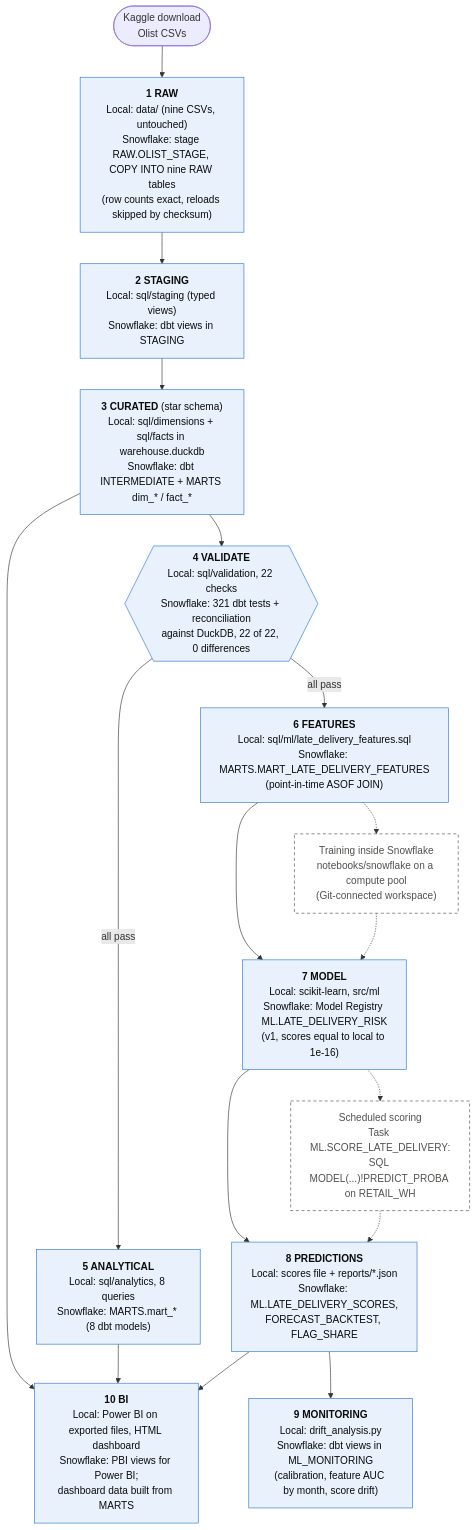
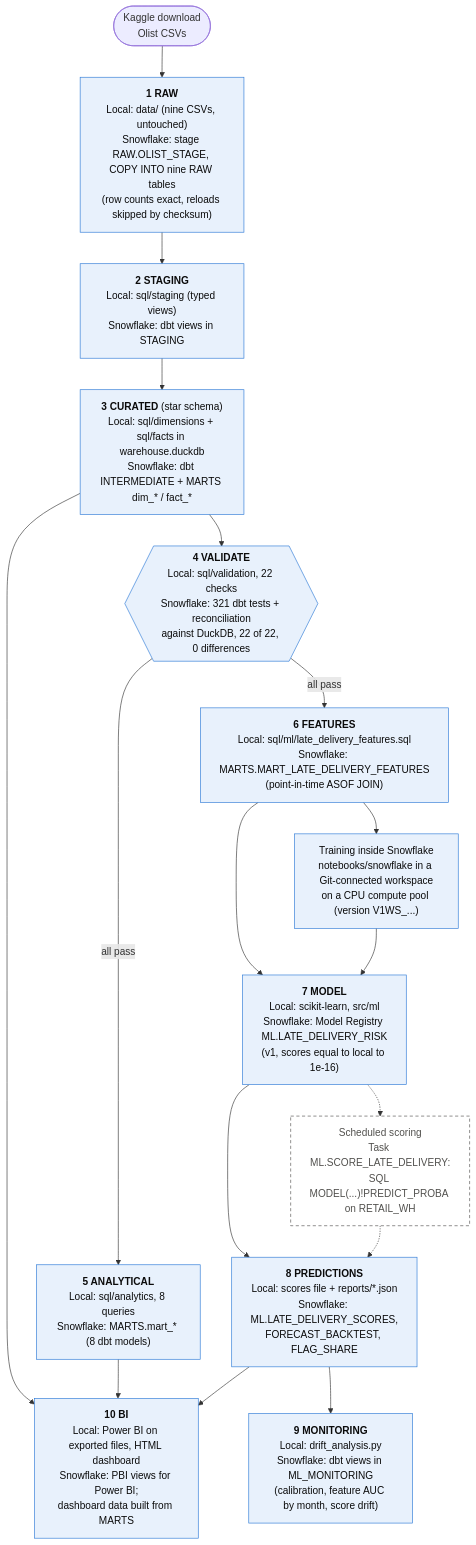
The diagram in README.md (garcane/Retail-Analytics-Forecasting-Customer-Intelligence), drawn with Mermaid before and after one commit. The commit also changed other lines of this file and 13 other files, not shown here.

First line of the commit message:
feat(snowflake): notebooks run in a Git-connected workspace; train and register inside Snowflake

````diff
--- a/README.md
+++ b/README.md
@@ -38,33 +38,33 @@
 ```mermaid
 flowchart TB
     K(["Kaggle download<br/>Olist CSVs"]) --> RAW
 
     RAW["<b>1 RAW</b><br/>Local: data/ (nine CSVs, untouched)<br/>Snowflake: stage RAW.OLIST_STAGE, COPY INTO nine RAW tables<br/>(row counts exact, reloads skipped by checksum)"]
     STG["<b>2 STAGING</b><br/>Local: sql/staging (typed views)<br/>Snowflake: dbt views in STAGING"]
     CUR["<b>3 CURATED</b> (star schema)<br/>Local: sql/dimensions + sql/facts in warehouse.duckdb<br/>Snowflake: dbt INTERMEDIATE + MARTS dim_* / fact_*"]
     CHK{{"<b>4 VALIDATE</b><br/>Local: sql/validation, 22 checks<br/>Snowflake: 321 dbt tests + reconciliation<br/>against DuckDB, 22 of 22, 0 differences"}}
     ANA["<b>5 ANALYTICAL</b><br/>Local: sql/analytics, 8 queries<br/>Snowflake: MARTS.mart_* (8 dbt models)"]
     FEA["<b>6 FEATURES</b><br/>Local: sql/ml/late_delivery_features.sql<br/>Snowflake: MARTS.MART_LATE_DELIVERY_FEATURES<br/>(point-in-time ASOF JOIN)"]
     MOD["<b>7 MODEL</b><br/>Local: scikit-learn, src/ml<br/>Snowflake: Model Registry ML.LATE_DELIVERY_RISK<br/>(v1, scores equal to local to 1e-16)"]
     PRE["<b>8 PREDICTIONS</b><br/>Local: scores file + reports/*.json<br/>Snowflake: ML.LATE_DELIVERY_SCORES,<br/>FORECAST_BACKTEST, FLAG_SHARE"]
     MON["<b>9 MONITORING</b><br/>Local: drift_analysis.py<br/>Snowflake: dbt views in ML_MONITORING<br/>(calibration, feature AUC by month, score drift)"]
     BI["<b>10 BI</b><br/>Local: Power BI on exported files, HTML dashboard<br/>Snowflake: PBI views for Power BI;<br/>dashboard data built from MARTS"]
 
-    NB["Training inside Snowflake<br/>notebooks/snowflake on a compute pool<br/>(Git-connected workspace)"]
+    NB["Training inside Snowflake<br/>notebooks/snowflake in a Git-connected workspace<br/>on a CPU compute pool (version V1WS_...)"]
     TSK["Scheduled scoring<br/>Task ML.SCORE_LATE_DELIVERY:<br/>SQL MODEL(...)!PREDICT_PROBA on RETAIL_WH"]
 
     RAW --> STG --> CUR --> CHK
     CHK -- "all pass" --> ANA
     CHK -- "all pass" --> FEA
     FEA --> MOD --> PRE --> MON
     CUR --> BI
     ANA --> BI
     PRE --> BI
-    FEA -.-> NB -.-> MOD
+    FEA --> NB --> MOD
     MOD -.-> TSK -.-> PRE
 
     classDef built fill:#e8f1fc,stroke:#2a78d6,color:#0b0b0b
     classDef pending fill:#ffffff,stroke:#52514e,stroke-dasharray:5 4,color:#52514e
-    class RAW,STG,CUR,CHK,ANA,FEA,MOD,PRE,MON,BI built
-    class NB,TSK pending
+    class RAW,STG,CUR,CHK,ANA,FEA,MOD,PRE,MON,BI,NB built
+    class TSK pending
 ```
````
